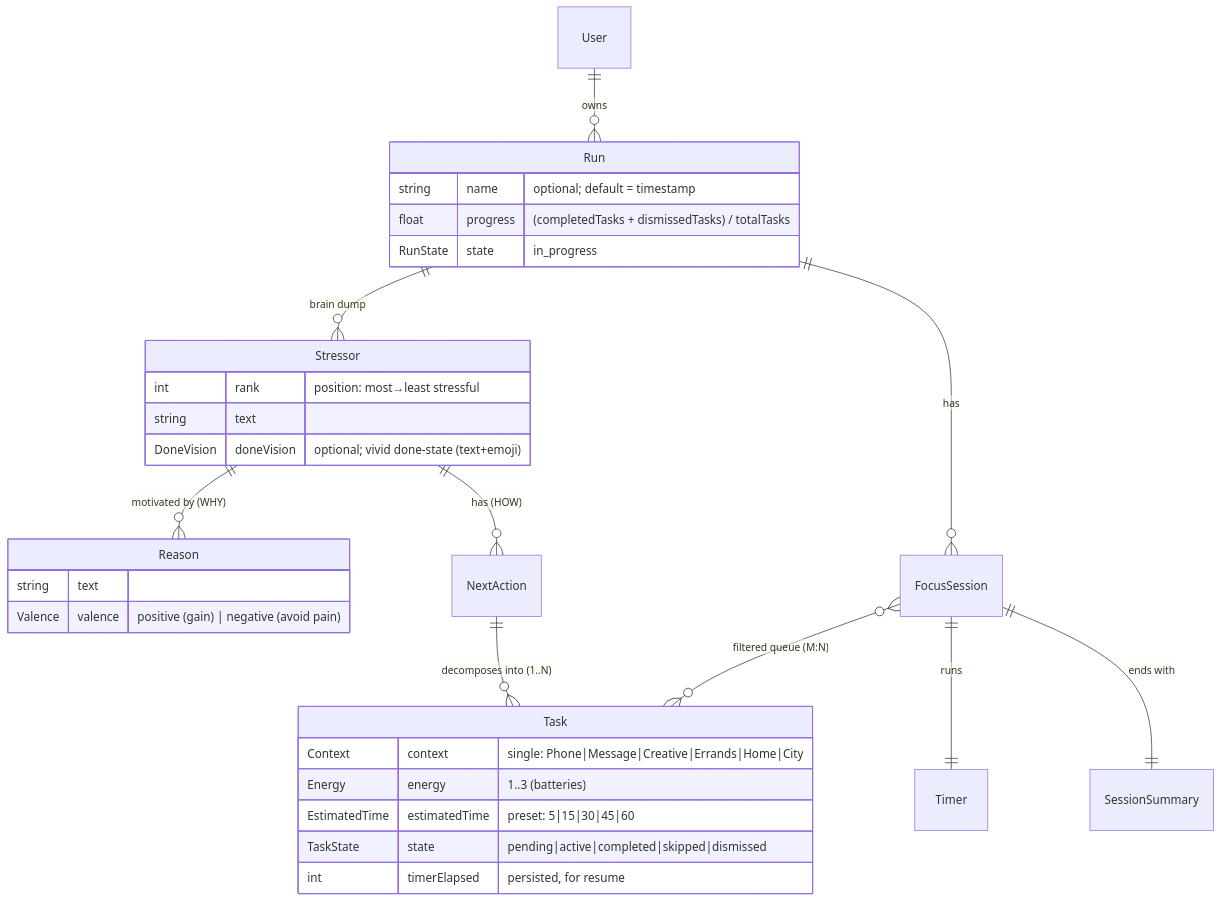
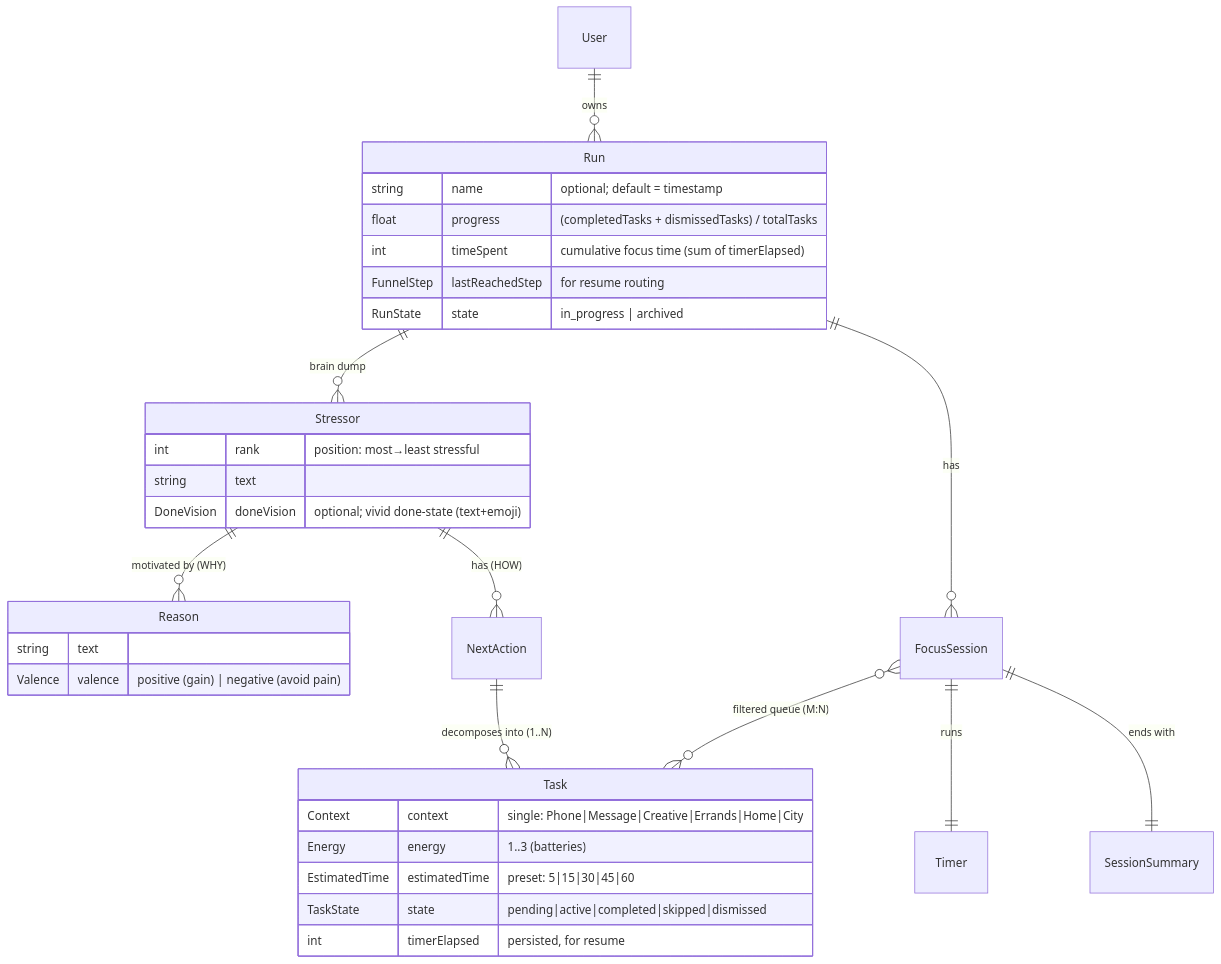
The diagram in docs/ENTITY_MAP.md (marekbrze/autowork), drawn with Mermaid before and after one commit. The commit also changed other lines of this file and 8 other files, not shown here.

First line of the commit message:
proto-detail(run): capture Run module vision, flows, actions

````diff
--- a/docs/ENTITY_MAP.md
+++ b/docs/ENTITY_MAP.md
@@ -8,34 +8,36 @@
 ```mermaid
 erDiagram
     User ||--o{ Run : "owns"
     Run ||--o{ Stressor : "brain dump"
     Stressor ||--o{ Reason : "motivated by (WHY)"
     Stressor ||--o{ NextAction : "has (HOW)"
     NextAction ||--o{ Task : "decomposes into (1..N)"
     Run ||--o{ FocusSession : "has"
     FocusSession }o--o{ Task : "filtered queue (M:N)"
     FocusSession ||--|| Timer : "runs"
     FocusSession ||--|| SessionSummary : "ends with"
 
     Task {
         Context context "single: Phone|Message|Creative|Errands|Home|City"
         Energy energy "1..3 (batteries)"
         EstimatedTime estimatedTime "preset: 5|15|30|45|60"
         TaskState state "pending|active|completed|skipped|dismissed"
         int timerElapsed "persisted, for resume"
     }
     Stressor {
         int rank "position: most→least stressful"
         string text
         DoneVision doneVision "optional; vivid done-state (text+emoji)"
     }
     Reason {
         string text
         Valence valence "positive (gain) | negative (avoid pain)"
     }
     Run {
         string name "optional; default = timestamp"
         float progress "(completedTasks + dismissedTasks) / totalTasks"
-        RunState state "in_progress"
+        int timeSpent "cumulative focus time (sum of timerElapsed)"
+        FunnelStep lastReachedStep "for resume routing"
+        RunState state "in_progress | archived"
     }
 ```
````
